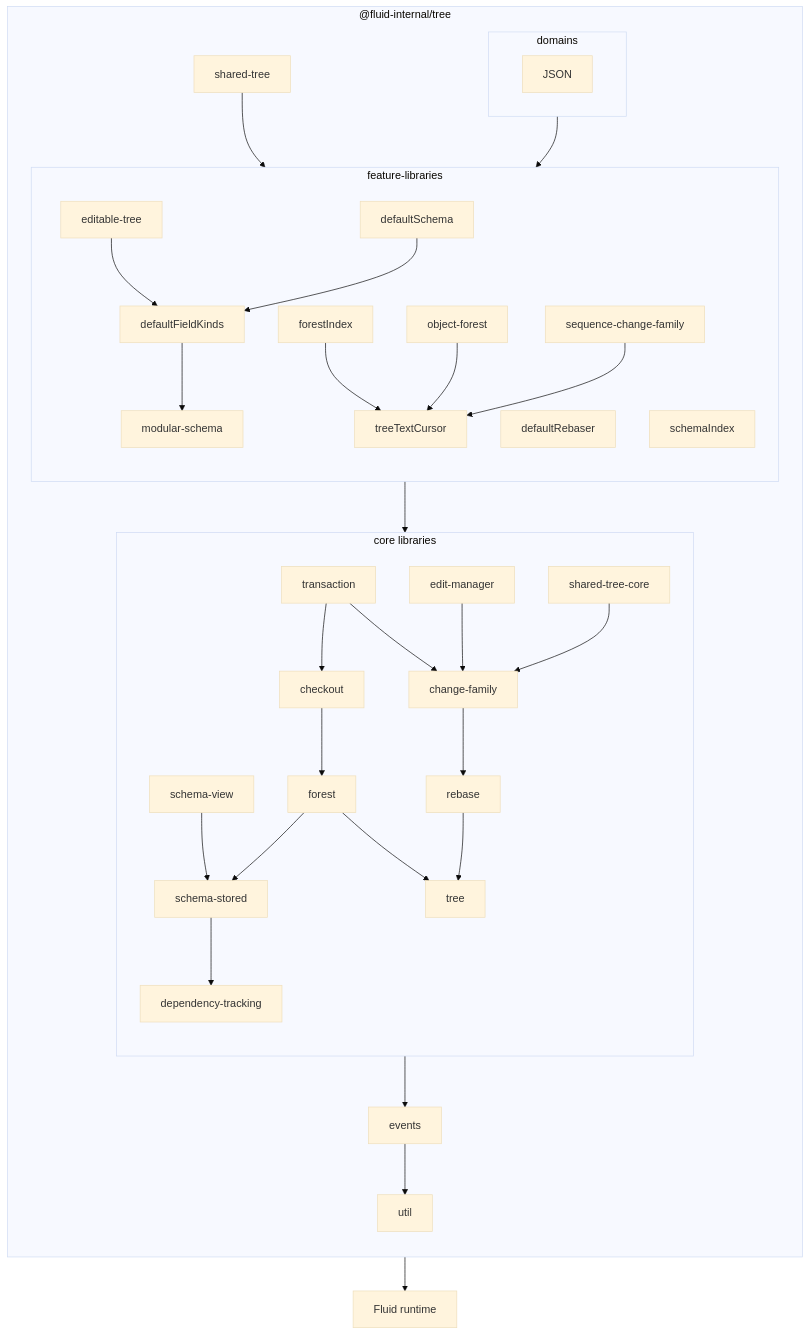
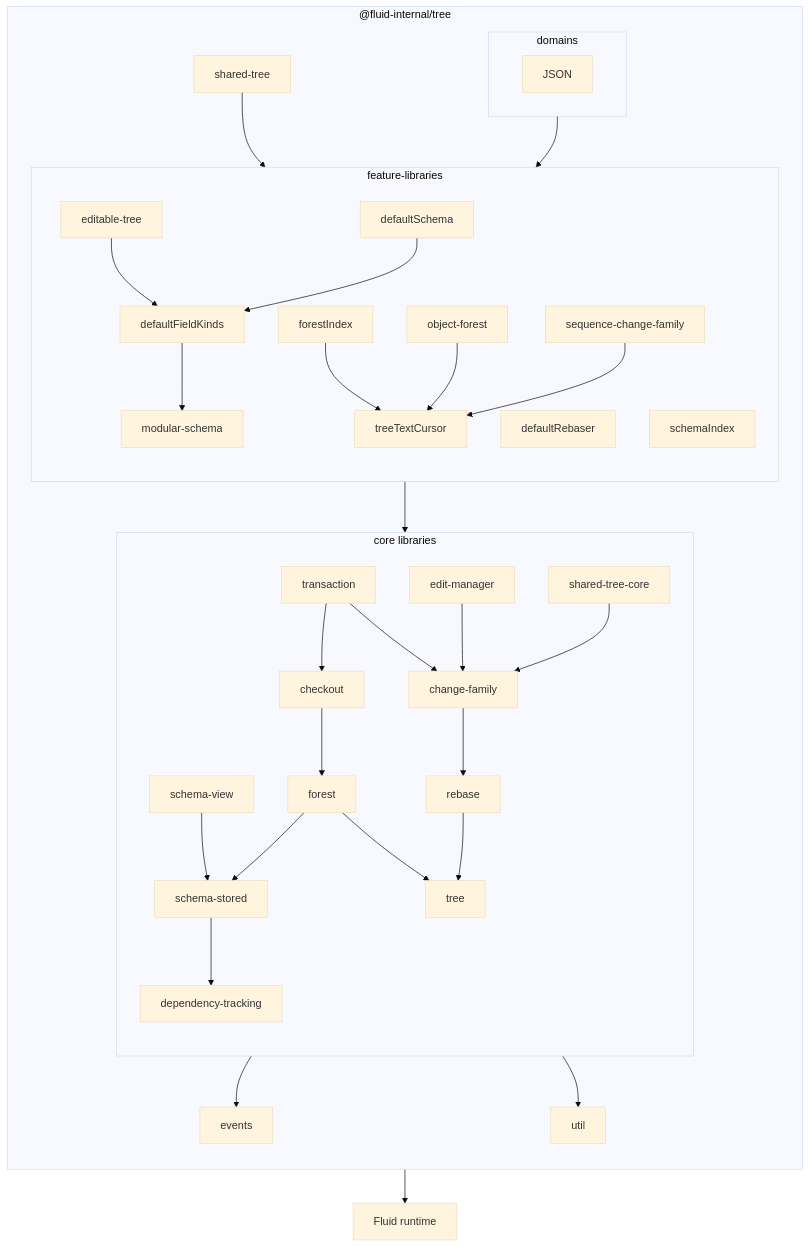
The sixth of 6 diagrams in packages/dds/tree/README.md (microsoft/FluidFramework), drawn with Mermaid (base theme) before and after one commit. The commit also changed 5 other files, not shown here.

````diff
--- a/packages/dds/tree/README.md
+++ b/packages/dds/tree/README.md
@@ -298,42 +298,42 @@
 ```mermaid
 flowchart
     direction TB
     subgraph package ["@fluid-internal/tree"]
         direction TB
         subgraph core ["core libraries"]
             direction TB
             checkout-->forest
             shared-tree-core-->change-family
             forest-->schema-stored
             change-family-->rebase
             edit-manager-->change-family
             rebase-->tree
             schema-stored-->dependency-tracking
             schema-view-->schema-stored
             transaction-->change-family
             transaction-->checkout
             dependency-tracking
             forest-->tree
         end
         core-->events
-        events-->util
+        core-->util
         feature-->core
         shared-tree-->feature
         subgraph feature ["feature-libraries"]
             direction TB
             editable-tree-->defaultFieldKinds
             defaultRebaser
             defaultSchema-->defaultFieldKinds-->modular-schema
             forestIndex-->treeTextCursor
             modular-schema
             object-forest-->treeTextCursor
             schemaIndex
             sequence-change-family-->treeTextCursor
         end
         subgraph domains
             JSON
         end
         domains-->feature
     end
     package-->runtime["Fluid runtime"]
 ```
````
